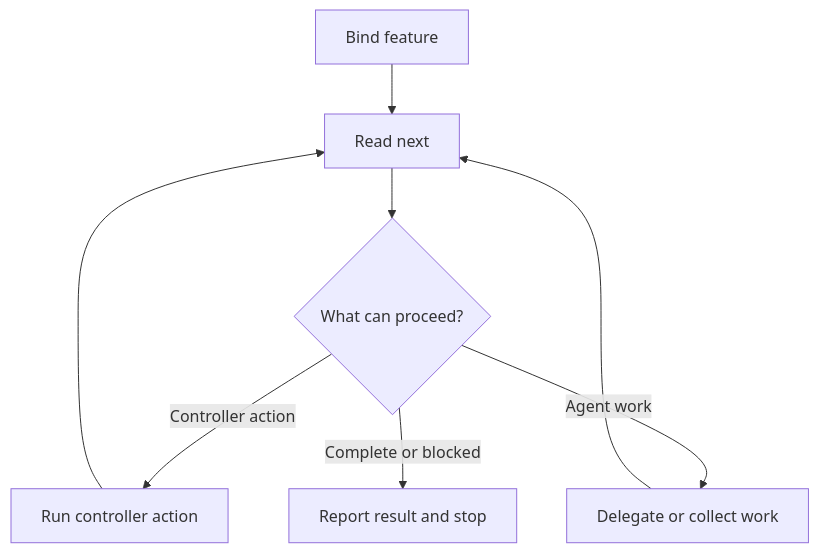
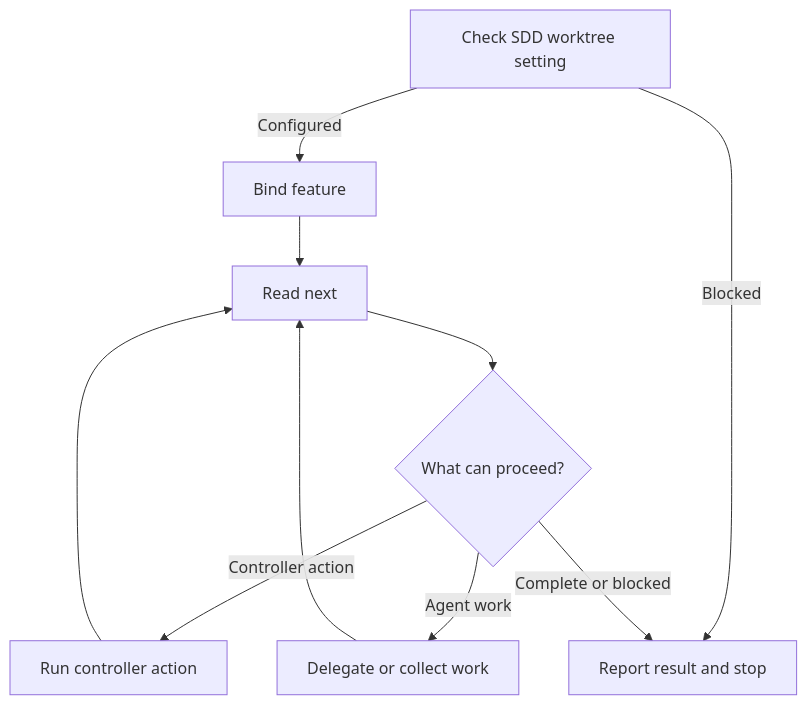
Before and after one commit to UseTheFork/spindle: the diagram in assets/Blueprints/agents/sdd-orchestrator.agent.md, drawn with Mermaid. The commit also changed other lines of this file and 1 other file, not shown here.

Commit message:
feat: check SDD worktree settings before binding a feature

````diff
--- a/assets/Blueprints/agents/sdd-orchestrator.agent.md
+++ b/assets/Blueprints/agents/sdd-orchestrator.agent.md
@@ -21,10 +21,12 @@
 ```mermaid
 flowchart TD
-    A[Bind feature] --> B[Read next]
-    B --> C{What can proceed?}
-    C -- Controller action --> D[Run controller action]
-    C -- Agent work --> E[Delegate or collect work]
-    C -- Complete or blocked --> F[Report result and stop]
-    D --> B
-    E --> B
+    A[Check SDD worktree setting] -- Configured --> B
+    A -- Blocked --> G
+    B[Bind feature] --> C[Read next]
+    C --> D{What can proceed?}
+    D -- Controller action --> E[Run controller action]
+    D -- Agent work --> F[Delegate or collect work]
+    D -- Complete or blocked --> G[Report result and stop]
+    E --> C
+    F --> C
 ```
````
